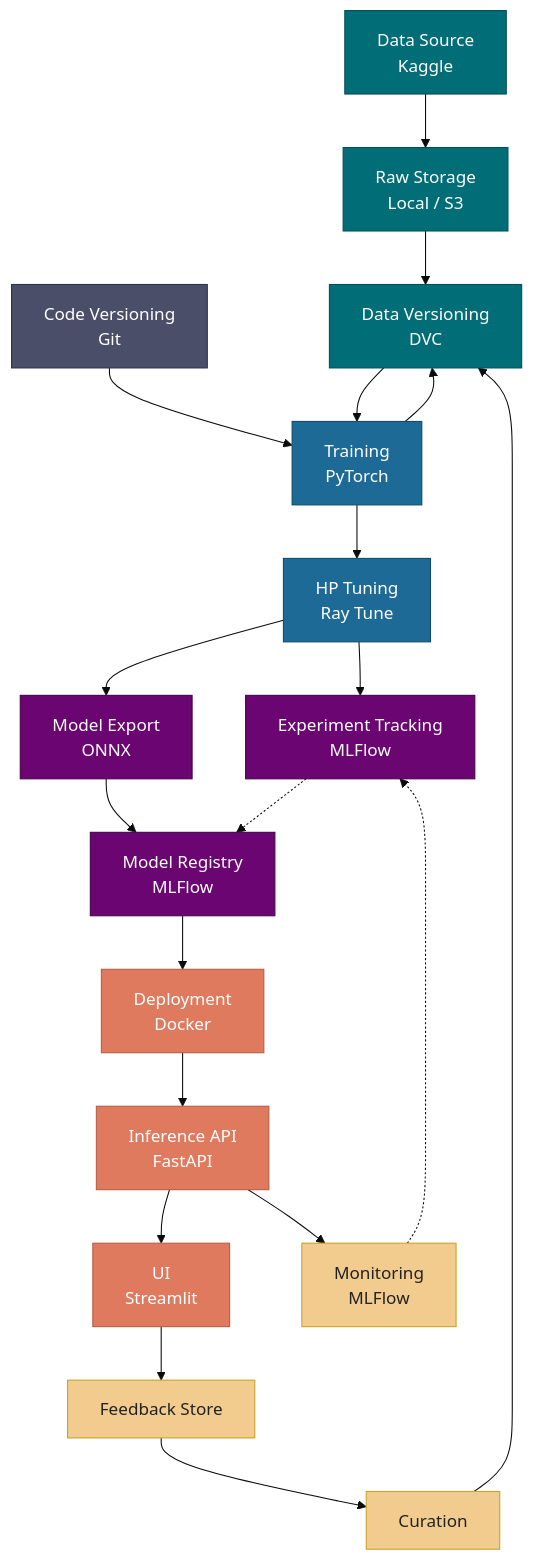
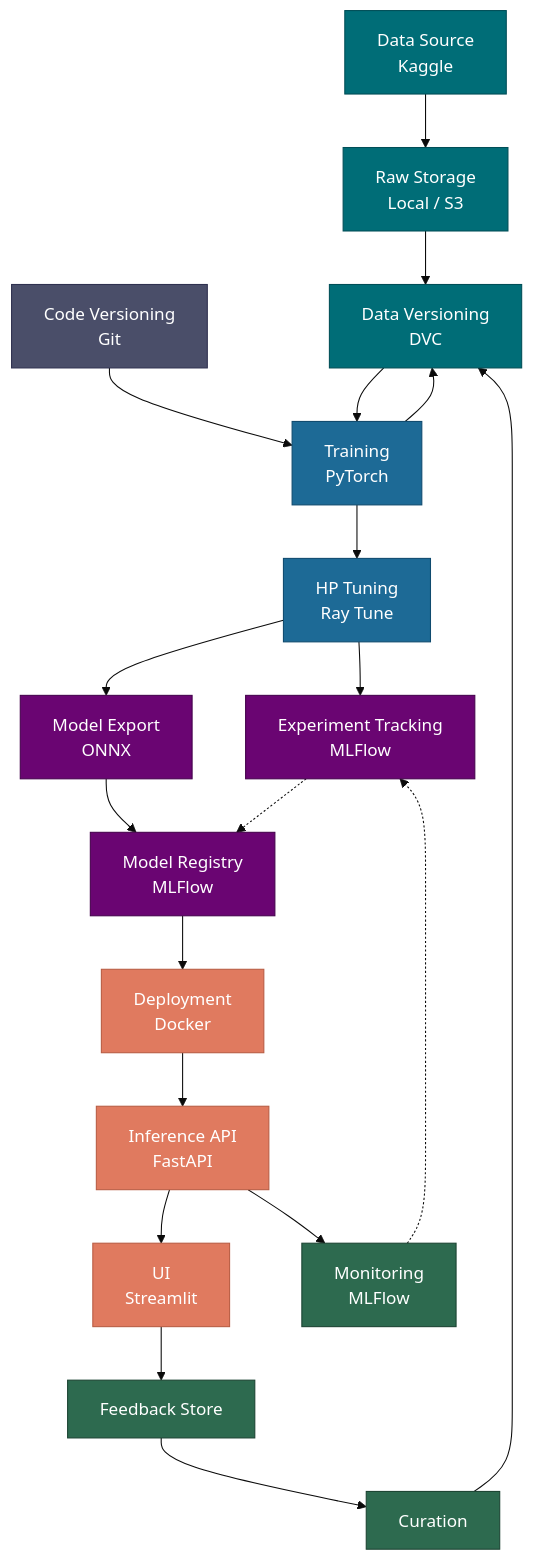
One commit to 7ben18/mse-mlops changed the diagram in docs/pipeline.md. Above: the diagram before and after it, drawn with Mermaid (base theme).

Commit message:
chore: change yellow to green

````diff
--- a/docs/pipeline.md
+++ b/docs/pipeline.md
@@ -13,50 +13,50 @@
 ```mermaid
 flowchart TD
     DS["Data Source\nKaggle"]
     RS["Raw Storage\nLocal / S3"]
     DVC["Data Versioning\nDVC"]
     GIT["Code Versioning\nGit"]
     TRAIN["Training\nPyTorch"]
     HPT["HP Tuning\nRay Tune"]
     EXP["Experiment Tracking\nMLFlow"]
     ME["Model Export\nONNX"]
     MR["Model Registry\nMLFlow"]
     DEP["Deployment\nDocker"]
     API["Inference API\nFastAPI"]
     UI["UI\nStreamlit"]
     MON["Monitoring\nMLFlow"]
     FS["Feedback Store"]
     CUR["Curation"]
 
     DS --> RS --> DVC
     GIT --> TRAIN
     DVC --> TRAIN
     TRAIN --> HPT
     TRAIN --> DVC
     HPT --> EXP
     HPT --> ME
     ME --> MR
     EXP -.-> MR
     MR --> DEP
     DEP --> API
     API --> UI
     API --> MON
     MON -.-> EXP
     UI --> FS
     FS --> CUR
     CUR --> DVC
 
     classDef data    fill:#006d77,stroke:#004e57,color:#fff
     classDef code    fill:#4a4e69,stroke:#2f3150,color:#fff
     classDef train   fill:#1d6a96,stroke:#0f4a6e,color:#fff
     classDef exp     fill:#6a0572,stroke:#45024d,color:#fff
     classDef serve   fill:#e07a5f,stroke:#b85c43,color:#fff
-    classDef monitor fill:#f2cc8f,stroke:#c9a227,color:#222
+    classDef monitor fill:#2d6a4f,stroke:#1b4332,color:#fff
 
     class DS,RS,DVC data
     class GIT code
     class TRAIN,HPT train
     class EXP,ME,MR exp
     class DEP,API,UI serve
     class MON,FS,CUR monitor
 ```
````
